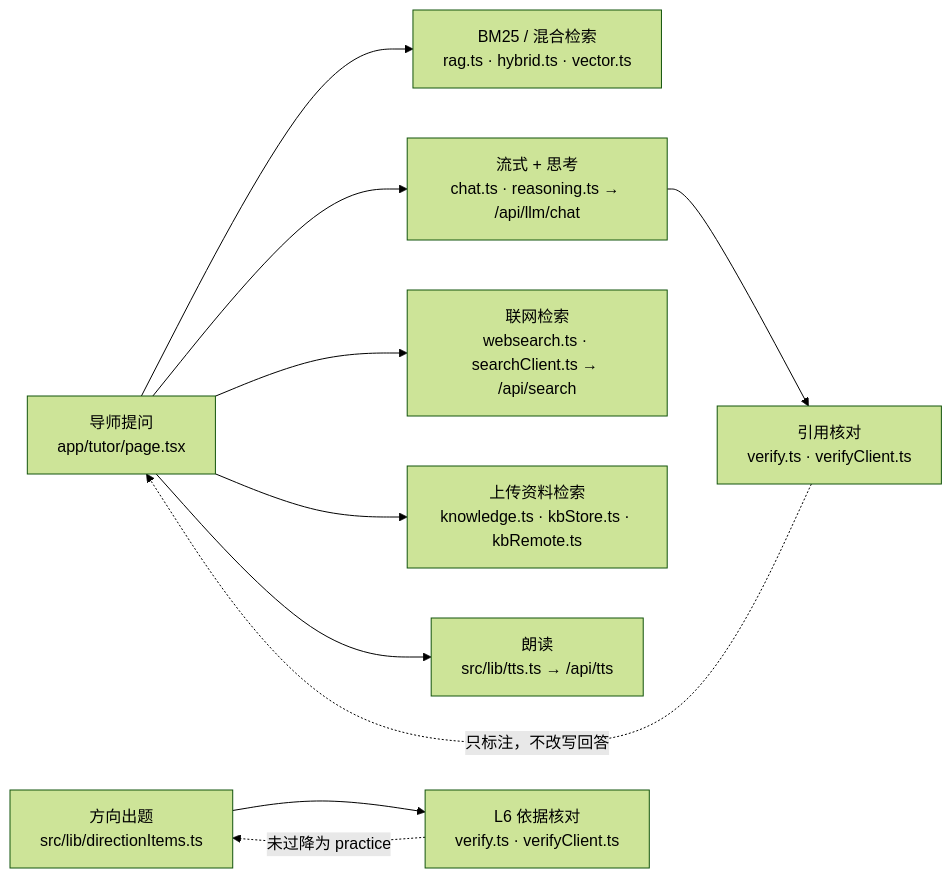
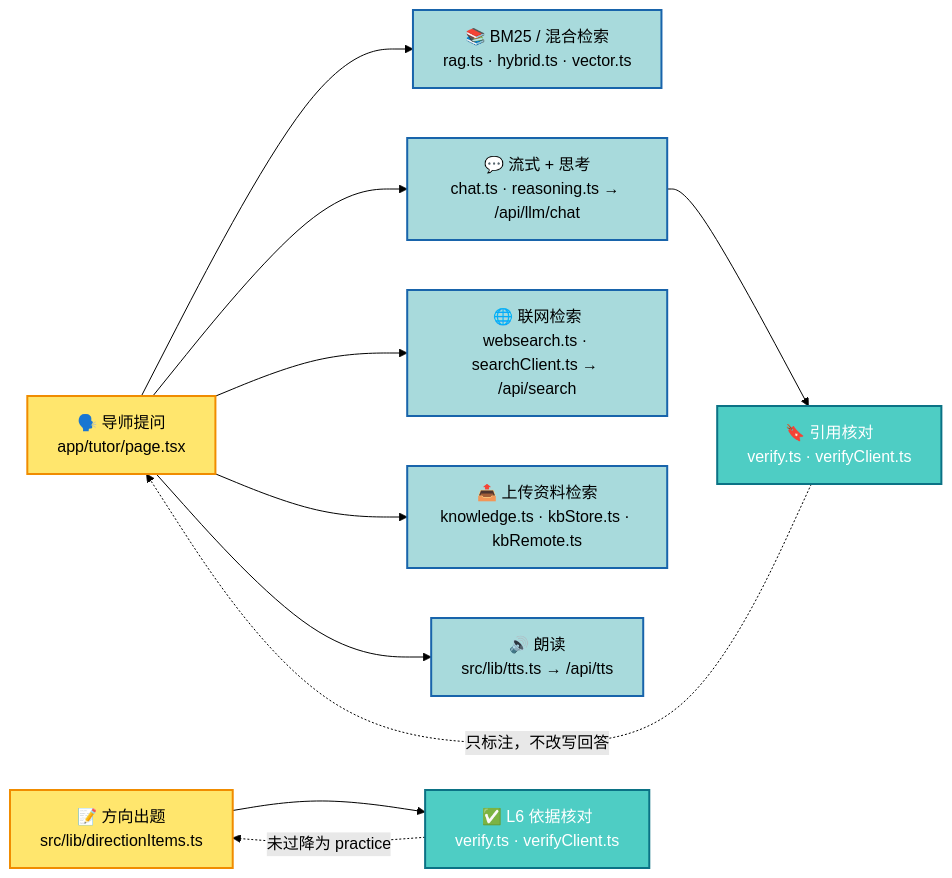
The second of 3 diagrams in docs/architecture.md (Jasonsomelike/chuanzhibei-ai-web-adaptive-learning), drawn with Mermaid (forest theme) before and after one commit. The commit also changed other lines of this file and 2 other files, not shown here.

First line of the commit message:
文档图表优化：分层架构图与 README 框图升级为 Mermaid

````diff
--- a/docs/architecture.md
+++ b/docs/architecture.md
@@ -23,12 +33,20 @@
 ```mermaid
 flowchart LR
-  Q["导师提问<br/>app/tutor/page.tsx"] --> R["BM25 / 混合检索<br/>rag.ts · hybrid.ts · vector.ts"]
-  Q --> S["流式 + 思考<br/>chat.ts · reasoning.ts → /api/llm/chat"]
-  Q --> W["联网检索<br/>websearch.ts · searchClient.ts → /api/search"]
-  Q --> U["上传资料检索<br/>knowledge.ts · kbStore.ts · kbRemote.ts"]
-  S --> V["引用核对<br/>verify.ts · verifyClient.ts"]
-  D["方向出题<br/>src/lib/directionItems.ts"] --> L6["L6 依据核对<br/>verify.ts · verifyClient.ts"]
+  Q["🗣️ 导师提问<br/>app/tutor/page.tsx"] --> R["📚 BM25 / 混合检索<br/>rag.ts · hybrid.ts · vector.ts"]
+  Q --> S["💬 流式 + 思考<br/>chat.ts · reasoning.ts → /api/llm/chat"]
+  Q --> W["🌐 联网检索<br/>websearch.ts · searchClient.ts → /api/search"]
+  Q --> U["📤 上传资料检索<br/>knowledge.ts · kbStore.ts · kbRemote.ts"]
+  S --> V["🔖 引用核对<br/>verify.ts · verifyClient.ts"]
+  D["📝 方向出题<br/>src/lib/directionItems.ts"] --> L6["✅ L6 依据核对<br/>verify.ts · verifyClient.ts"]
   V -. "只标注，不改写回答" .-> Q
   L6 -. "未过降为 practice" .-> D
-  Q --> TTS["朗读<br/>src/lib/tts.ts → /api/tts"]
+  Q --> TTS["🔊 朗读<br/>src/lib/tts.ts → /api/tts"]
+
+  classDef entry fill:#FFE66D,stroke:#F08C00,stroke-width:2px,color:#000
+  classDef cap fill:#A8DADC,stroke:#1864AB,stroke-width:2px,color:#000
+  classDef check fill:#4ECDC4,stroke:#0B7285,stroke-width:2px,color:#fff
+
+  class Q,D entry
+  class R,S,W,U,TTS cap
+  class V,L6 check
 ```
````
